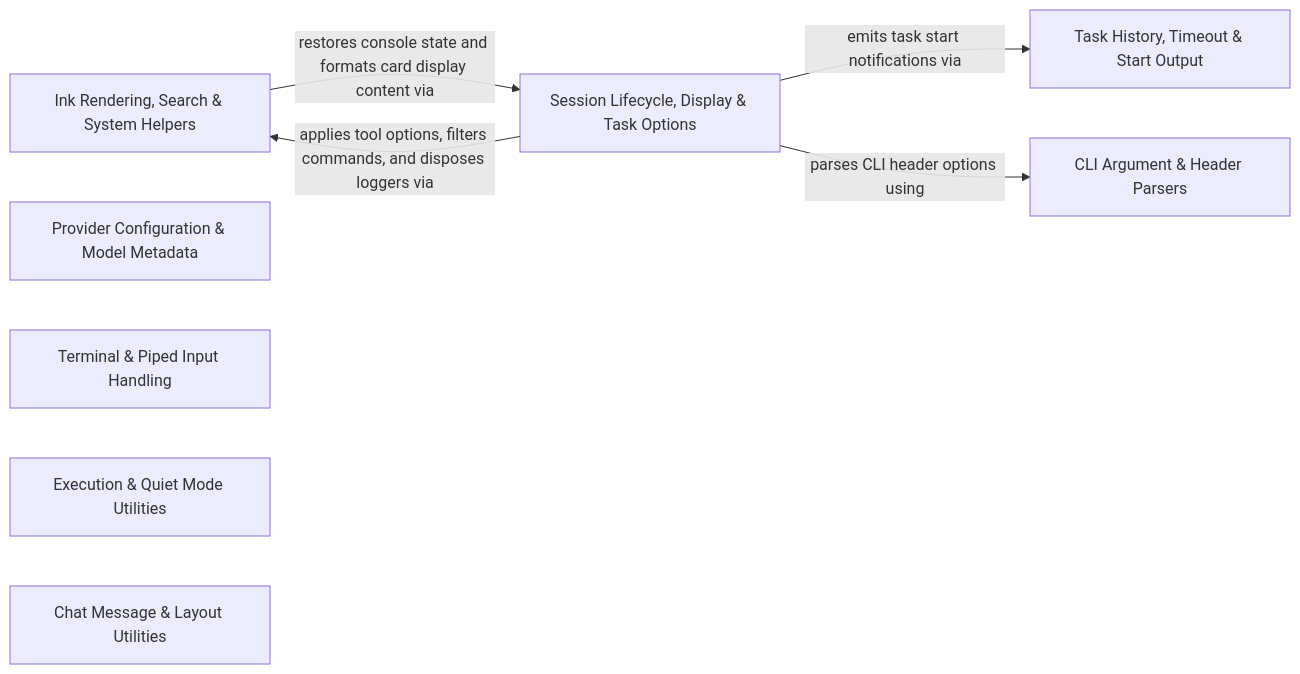
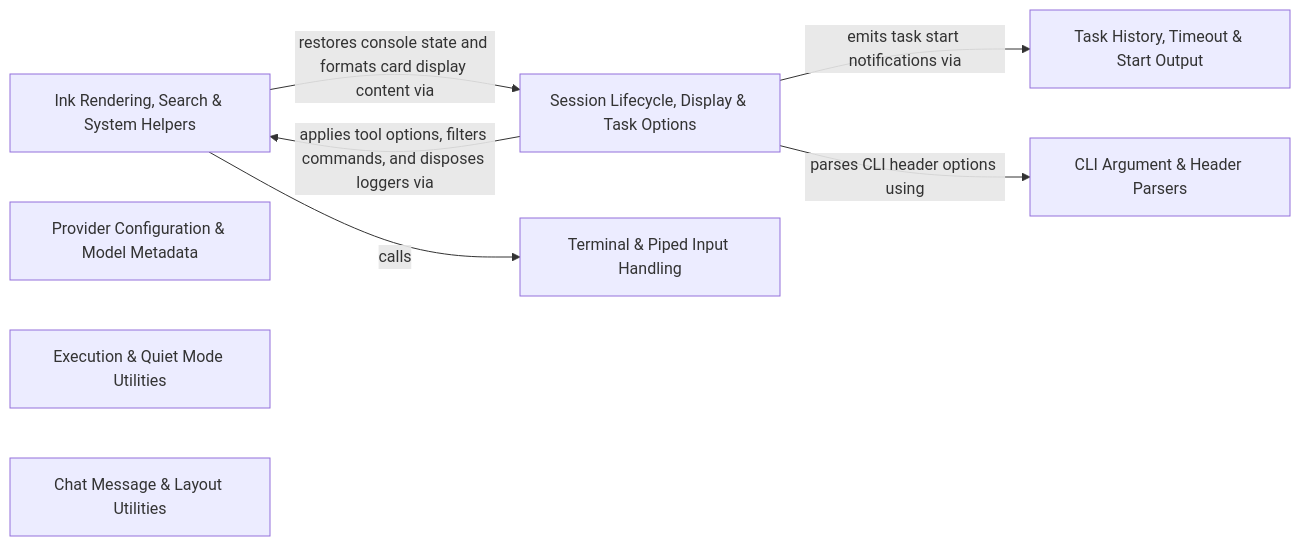
One commit to alexdim/dirac changed the diagram in .codeboarding/CLI_Runtime_Display_Utilities.md. Above: the diagram before and after it, drawn with Mermaid. The commit also changed other lines of this file and 40 other files, not shown here.

````diff
--- a/.codeboarding/CLI_Runtime_Display_Utilities.md
+++ b/.codeboarding/CLI_Runtime_Display_Utilities.md
@@ -1,15 +1,16 @@
 ```mermaid
 graph LR
     Ink_Rendering_Search_System_Helpers["Ink Rendering, Search & System Helpers"]
     Session_Lifecycle_Display_Task_Options["Session Lifecycle, Display & Task Options"]
     Provider_Configuration_Model_Metadata["Provider Configuration & Model Metadata"]
     Terminal_Piped_Input_Handling["Terminal & Piped Input Handling"]
     Execution_Quiet_Mode_Utilities["Execution & Quiet Mode Utilities"]
     Task_History_Timeout_Start_Output["Task History, Timeout & Start Output"]
     Chat_Message_Layout_Utilities["Chat Message & Layout Utilities"]
     CLI_Argument_Header_Parsers["CLI Argument & Header Parsers"]
     Ink_Rendering_Search_System_Helpers -- "restores console state and formats card display content via" --> Session_Lifecycle_Display_Task_Options
+    Ink_Rendering_Search_System_Helpers -- "calls" --> Terminal_Piped_Input_Handling
     Session_Lifecycle_Display_Task_Options -- "applies tool options, filters commands, and disposes loggers via" --> Ink_Rendering_Search_System_Helpers
     Session_Lifecycle_Display_Task_Options -- "emits task start notifications via" --> Task_History_Timeout_Start_Output
     Session_Lifecycle_Display_Task_Options -- "parses CLI header options using" --> CLI_Argument_Header_Parsers
 ```
````
